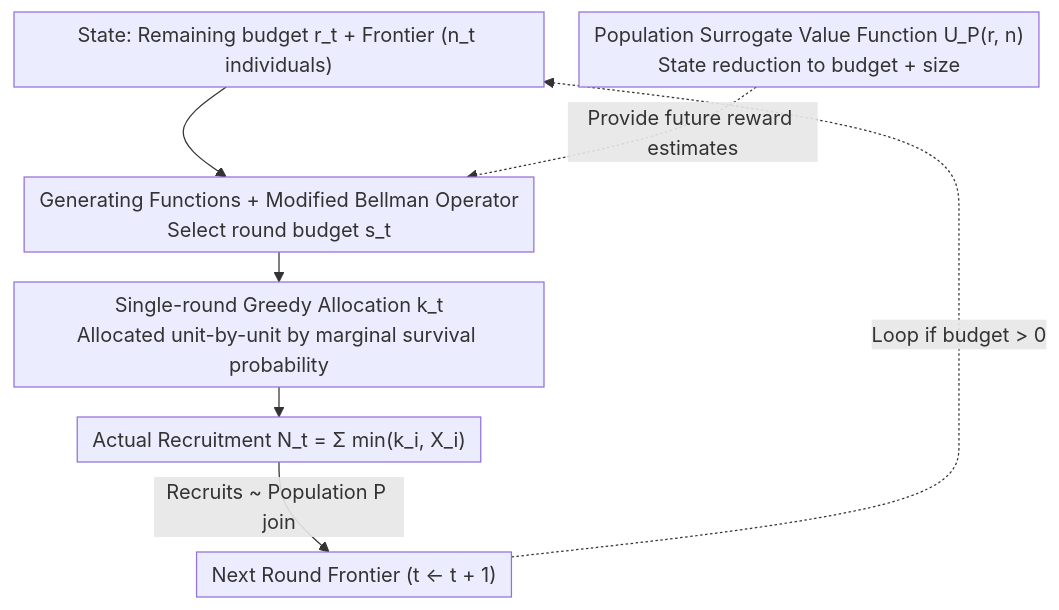
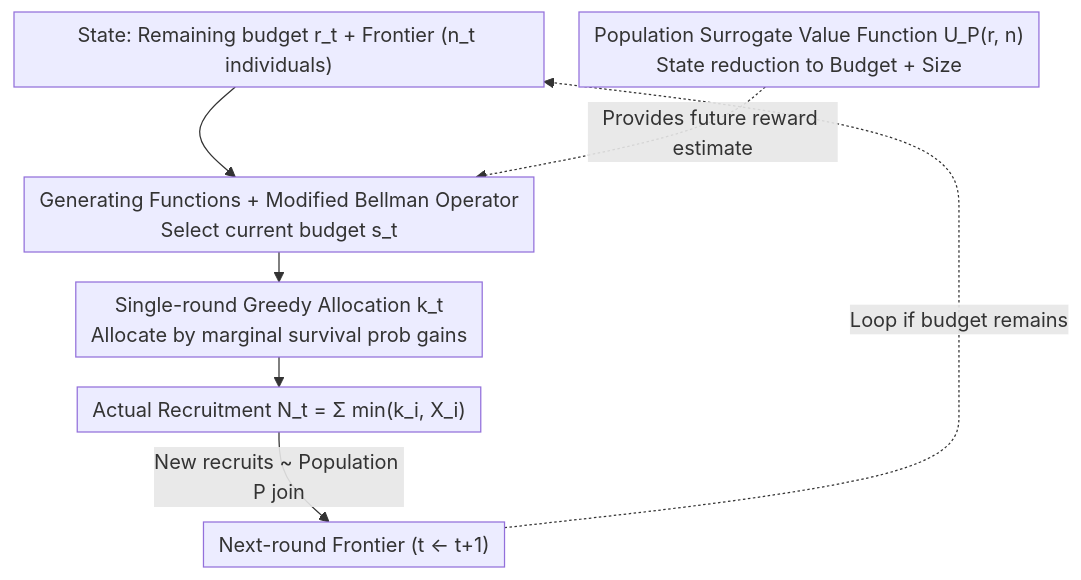
Before and after one commit to zhaoyang97/Paper-Notes-en: the diagram in docs/ICML2026/others/adaptive_multi-round_allocation_with_stochastic_arrivals.md, drawn with Mermaid. The commit also changed other lines of this file and 5084 other files, not shown here.

````diff
--- a/docs/ICML2026/others/adaptive_multi-round_allocation_with_stochastic_arrivals.md
+++ b/docs/ICML2026/others/adaptive_multi-round_allocation_with_stochastic_arrivals.md
@@ -50,12 +50,12 @@
 ```mermaid
 %%{init: {'flowchart': {'rankSpacing': 24, 'nodeSpacing': 28, 'padding': 6, 'wrappingWidth': 400}}}%%
 flowchart TD
     S["State: Remaining budget r_t + Frontier (n_t individuals)"]
-    S --> B["Generating Functions + Modified Bellman Operator<br/>Select round budget s_t"]
-    B --> G["Single-round Greedy Allocation k_t<br/>Allocated unit-by-unit by marginal survival probability"]
+    S --> B["Generating Functions + Modified Bellman Operator<br/>Select current budget s_t"]
+    B --> G["Single-round Greedy Allocation k_t<br/>Allocate by marginal survival prob gains"]
     G --> N["Actual Recruitment N_t = Σ min(k_i, X_i)"]
-    N -->|Recruits ~ Population P join| S2["Next Round Frontier (t ← t + 1)"]
-    S2 -.Loop if budget > 0.-> S
-    U["Population Surrogate Value Function U_P(r, n)<br/>State reduction to budget + size"]
-    U -.Provide future reward estimates.-> B
+    N -->|New recruits ~ Population P join| S2["Next-round Frontier (t ← t+1)"]
+    S2 -.Loop if budget remains.-> S
+    U["Population Surrogate Value Function U_P(r, n)<br/>State reduction to Budget + Size"]
+    U -.Provides future reward estimate.-> B
 ```
````
